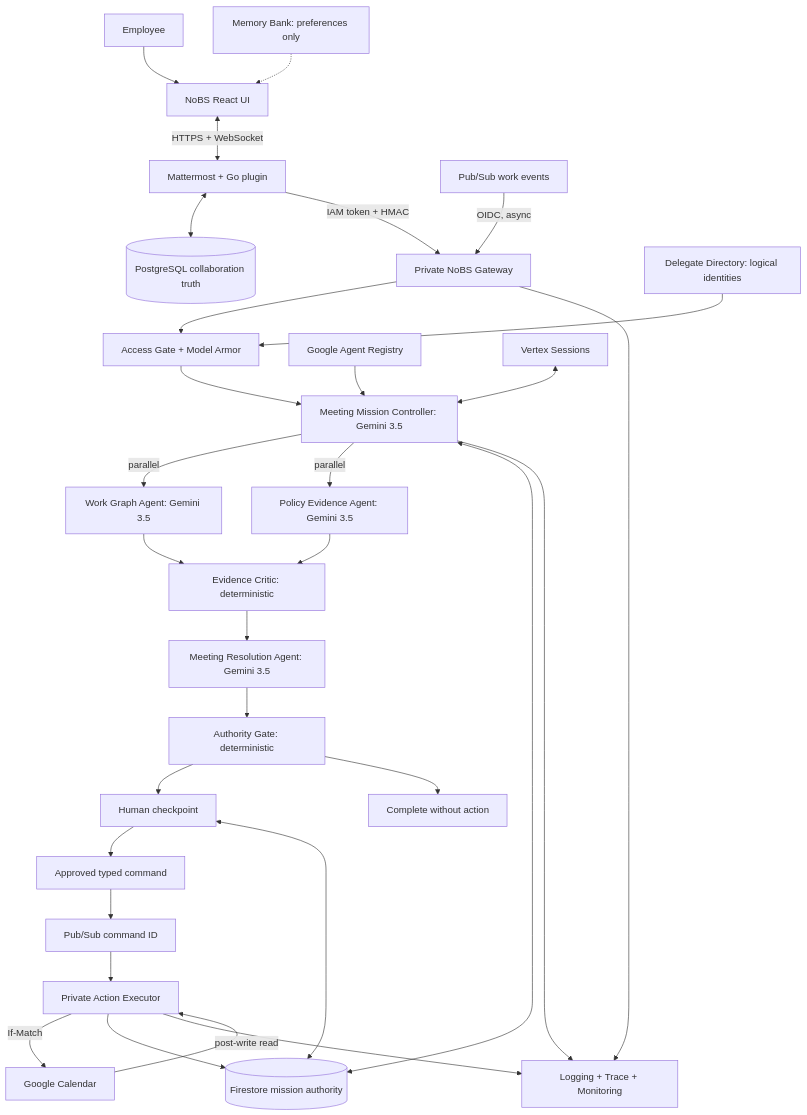
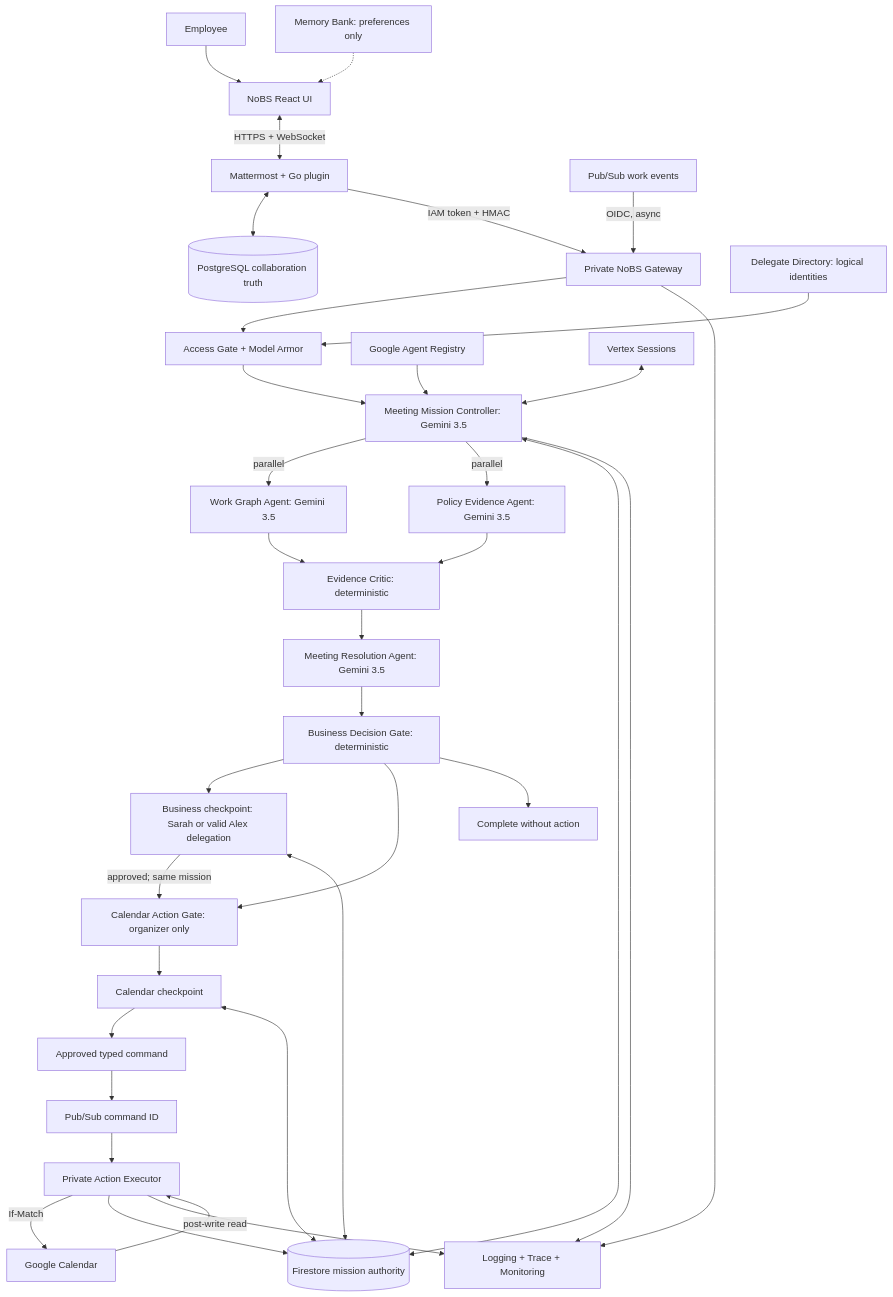
One commit to Shiv-aurora/nobs changed the first of 4 diagrams in docs/ARCHITECTURE.md. Above: the diagram before and after it, drawn with Mermaid. The commit also changed other lines of this file and 33 other files, not shown here.

Commit message:
feat: separate mission authority gates

````diff
--- a/docs/ARCHITECTURE.md
+++ b/docs/ARCHITECTURE.md
@@ -5,33 +5,37 @@
 ```mermaid
 flowchart TB
   U[Employee] --> UI[NoBS React UI]
   UI <-->|HTTPS + WebSocket| MM[Mattermost + Go plugin]
   MM <--> PG[(PostgreSQL collaboration truth)]
   MM -->|IAM token + HMAC| GW[Private NoBS Gateway]
   PS[Pub/Sub work events] -->|OIDC, async| GW
   GW --> AG[Access Gate + Model Armor]
   DD[Delegate Directory: logical identities] --> AG
   AG --> MC[Meeting Mission Controller: Gemini 3.5]
   MC -->|parallel| WG[Work Graph Agent: Gemini 3.5]
   MC -->|parallel| PE[Policy Evidence Agent: Gemini 3.5]
   WG --> EC[Evidence Critic: deterministic]
   PE --> EC
   EC --> MR[Meeting Resolution Agent: Gemini 3.5]
-  MR --> AU[Authority Gate: deterministic]
-  AU --> HC[Human checkpoint]
-  AU --> DONE[Complete without action]
-  HC --> CB[Approved typed command]
+  MR --> BG[Business Decision Gate: deterministic]
+  BG --> BHC[Business checkpoint: Sarah or valid Alex delegation]
+  BG --> CG[Calendar Action Gate: organizer only]
+  BHC -->|approved; same mission| CG
+  BG --> DONE[Complete without action]
+  CG --> CHC[Calendar checkpoint]
+  CHC --> CB[Approved typed command]
   CB --> CQ[Pub/Sub command ID]
   CQ --> EX[Private Action Executor]
   EX -->|If-Match| CAL[Google Calendar]
   CAL -->|post-write read| EX
   EX --> FS[(Firestore mission authority)]
   MC <--> FS
-  HC <--> FS
+  BHC <--> FS
+  CHC <--> FS
   REG[Google Agent Registry] --> MC
   SES[Vertex Sessions] <--> MC
   MEM[Memory Bank: preferences only] -.-> UI
   GW --> OBS[Logging + Trace + Monitoring]
   MC --> OBS
   EX --> OBS
 ```
````
